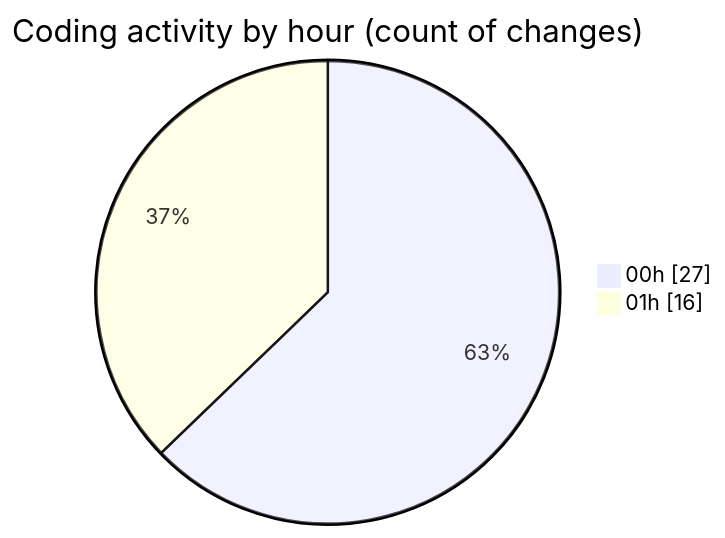
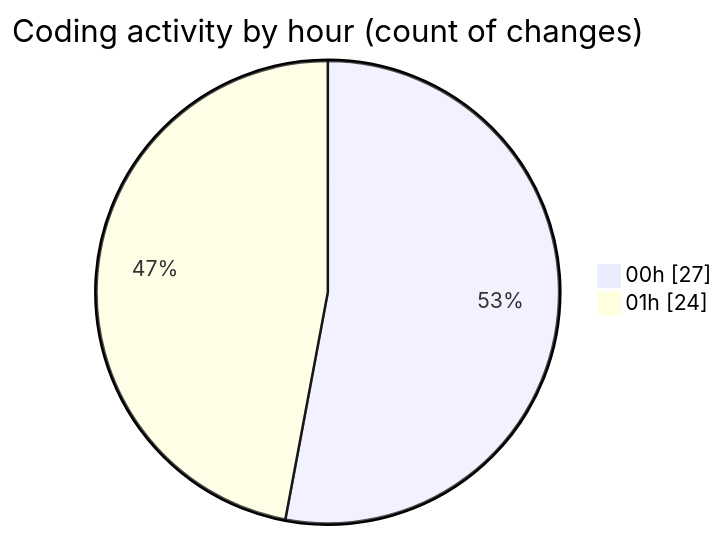
The second of 2 diagrams in 2025-09-03/quytuthien_vn/README.md (lephambinh05/code-tracking), drawn with Mermaid before and after one commit. The commit also changed other lines of this file and 1 other file, not shown here.

````diff
--- a/2025-09-03/quytuthien_vn/README.md
+++ b/2025-09-03/quytuthien_vn/README.md
@@ -45,6 +47,6 @@
 ```mermaid
 pie showData
 title Coding activity by hour (count of changes)
 "00h" : 27
-"01h" : 16
+"01h" : 24
 ```
````
